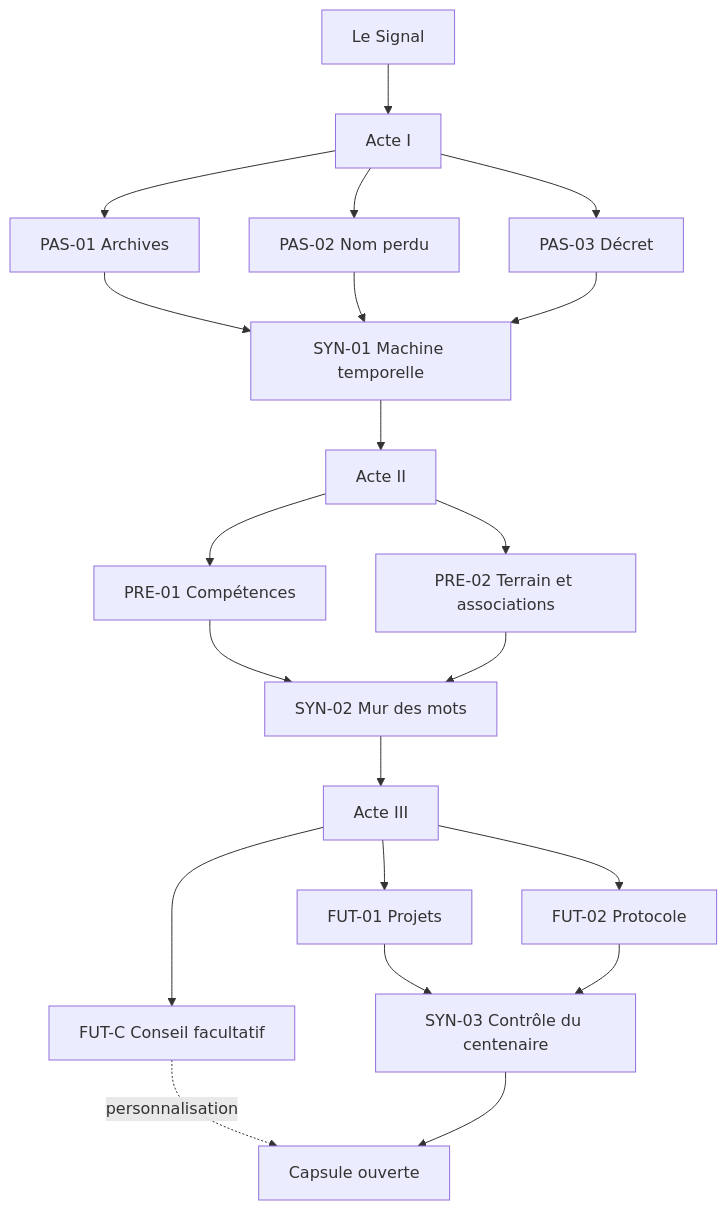
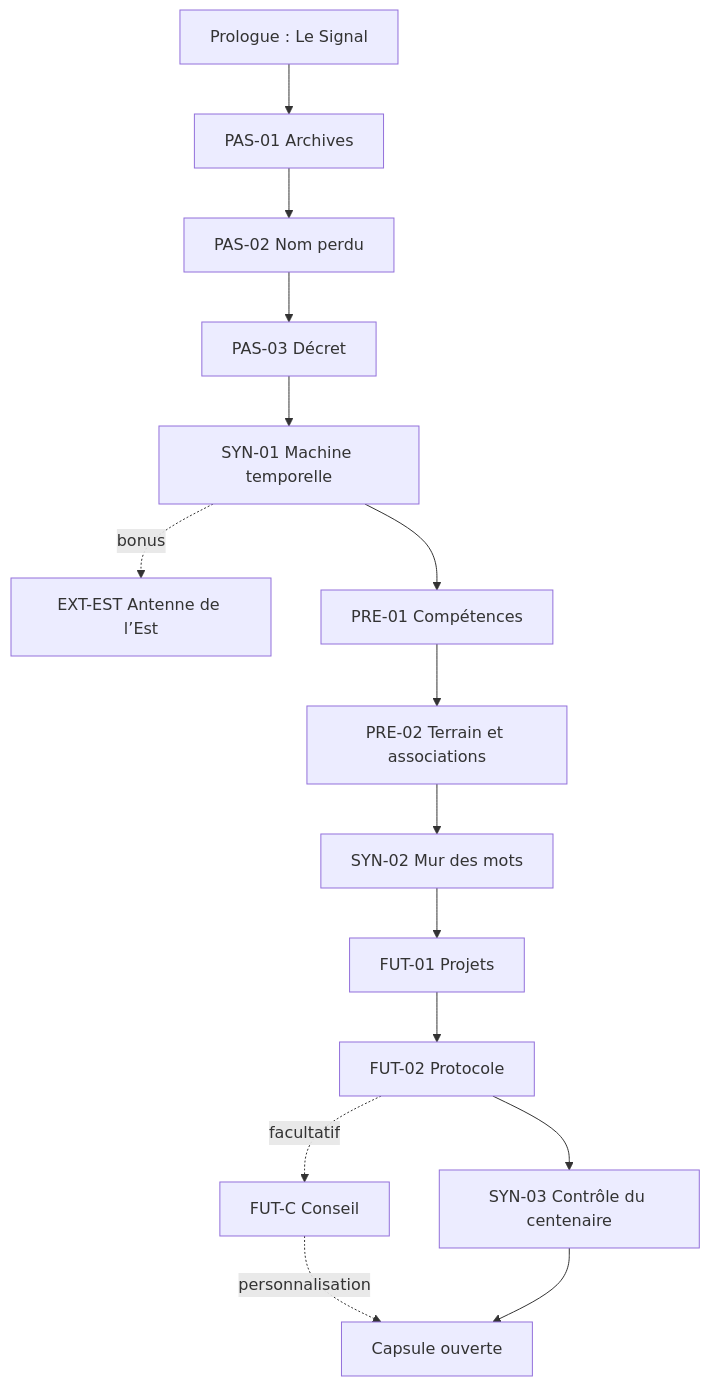
The first of 2 diagrams in README.md (Danii15321/ENSIIE-Escape-Game), drawn with Mermaid before and after one commit. The commit also changed other lines of this file and 67 other files, not shown here.

````diff
--- a/README.md
+++ b/README.md
@@ -167,23 +167,17 @@
 ```mermaid
 flowchart TD
-  PRO[Le Signal] --> A1[Acte I]
-  A1 --> P1[PAS-01 Archives]
-  A1 --> P2[PAS-02 Nom perdu]
-  A1 --> P3[PAS-03 Décret]
-  P1 --> S1[SYN-01 Machine temporelle]
-  P2 --> S1
-  P3 --> S1
-  S1 --> A2[Acte II]
-  A2 --> R1[PRE-01 Compétences]
-  A2 --> R2[PRE-02 Terrain et associations]
-  R1 --> S2[SYN-02 Mur des mots]
-  R2 --> S2
-  S2 --> A3[Acte III]
-  A3 --> F1[FUT-01 Projets]
-  A3 --> F2[FUT-02 Protocole]
-  A3 --> C[FUT-C Conseil facultatif]
-  F1 --> S3[SYN-03 Contrôle du centenaire]
-  F2 --> S3
+  PRO[Prologue : Le Signal] --> P1[PAS-01 Archives]
+  P1 --> P2[PAS-02 Nom perdu]
+  P2 --> P3[PAS-03 Décret]
+  P3 --> S1[SYN-01 Machine temporelle]
+  S1 -. bonus .-> EXT[EXT-EST Antenne de l’Est]
+  S1 --> R1[PRE-01 Compétences]
+  R1 --> R2[PRE-02 Terrain et associations]
+  R2 --> S2[SYN-02 Mur des mots]
+  S2 --> F1[FUT-01 Projets]
+  F1 --> F2[FUT-02 Protocole]
+  F2 -. facultatif .-> C[FUT-C Conseil]
+  F2 --> S3[SYN-03 Contrôle du centenaire]
   C -. personnalisation .-> FIN[Capsule ouverte]
   S3 --> FIN
 ```
````
